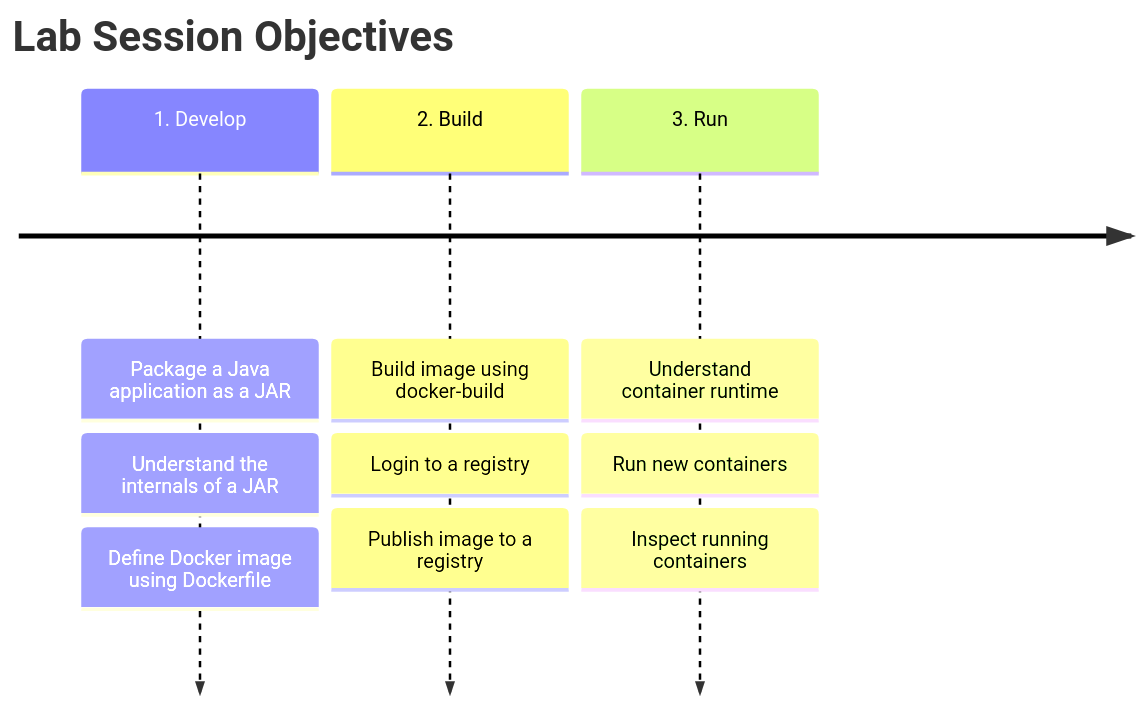
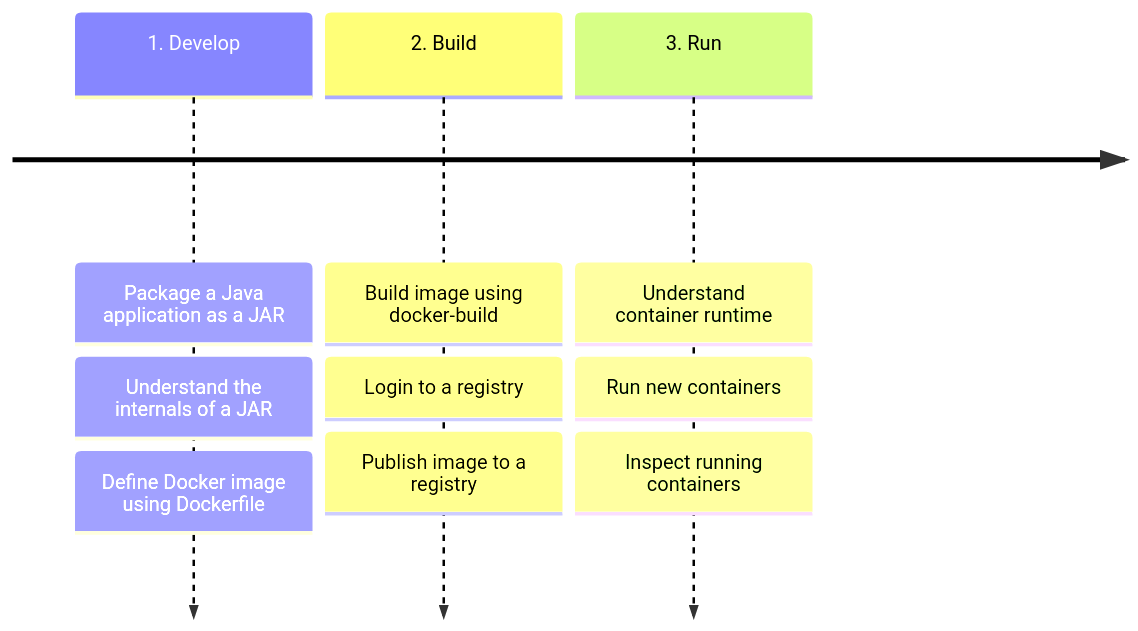
The first of 2 diagrams in docs/lab-1.md (mincong-classroom/containers), drawn with Mermaid before and after one commit. The commit also changed other lines of this file, not shown here.

````diff
--- a/docs/lab-1.md
+++ b/docs/lab-1.md
@@ -17,16 +18,15 @@
 ``` mermaid
 timeline
-    title Lab Session Objectives
     1. Develop
         : Package a Java application as a JAR
         : Understand the internals of a JAR
         : Define Docker image using Dockerfile
     2. Build
         : Build image using docker-build
         : Login to a registry
         : Publish image to a registry
     3. Run
         : Understand container runtime
         : Run new containers
         : Inspect running containers
 ```
````
